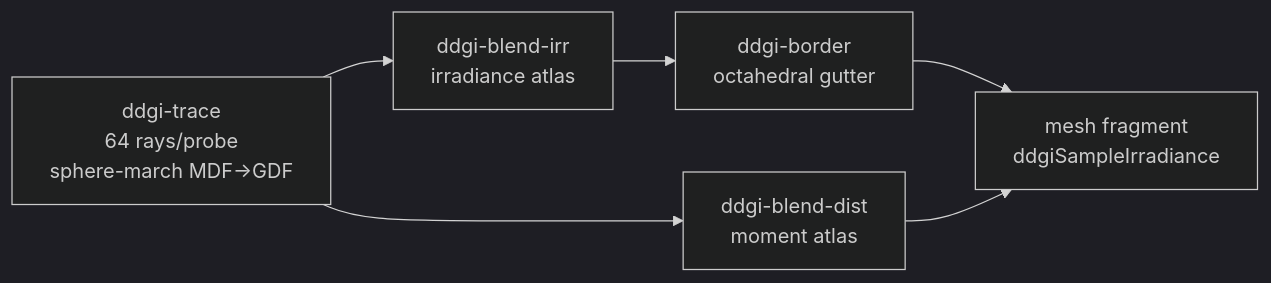
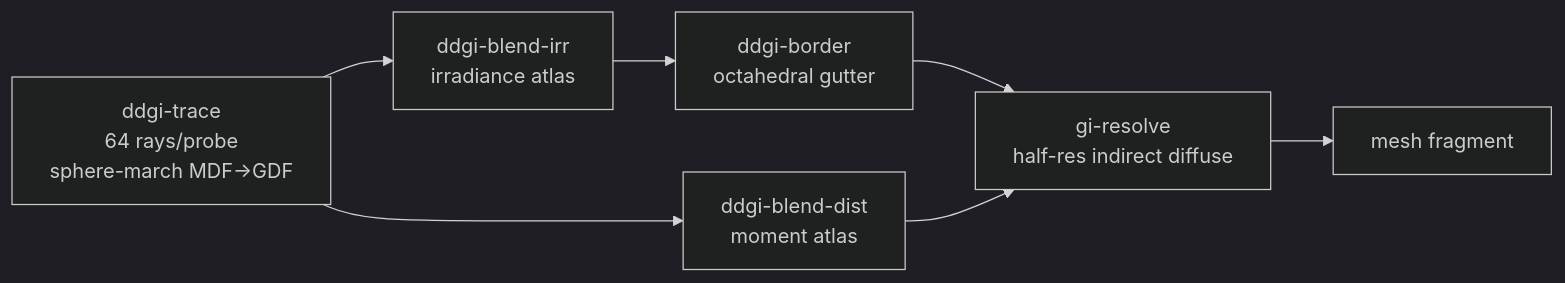
Before and after one commit to saffronjam/SaffronEngine: the diagram in docs/content/explanations/global-illumination-and-raytracing/ddgi-overview.md, drawn with Mermaid (dark theme). The commit also changed other lines of this file and 10 other files, not shown here.

````diff
--- a/docs/content/explanations/global-illumination-and-raytracing/ddgi-overview.md
+++ b/docs/content/explanations/global-illumination-and-raytracing/ddgi-overview.md
@@ -25,8 +26,9 @@
 ```mermaid
 flowchart LR
     T[ddgi-trace<br/>64 rays/probe<br/>sphere-march MDF→GDF] --> BI[ddgi-blend-irr<br/>irradiance atlas]
     T --> BD[ddgi-blend-dist<br/>moment atlas]
     BI --> BO[ddgi-border<br/>octahedral gutter]
-    BO --> M[mesh fragment<br/>ddgiSampleIrradiance]
-    BD --> M
+    BO --> R[gi-resolve<br/>half-res indirect diffuse]
+    BD --> R
+    R --> M[mesh fragment]
 ```
````
